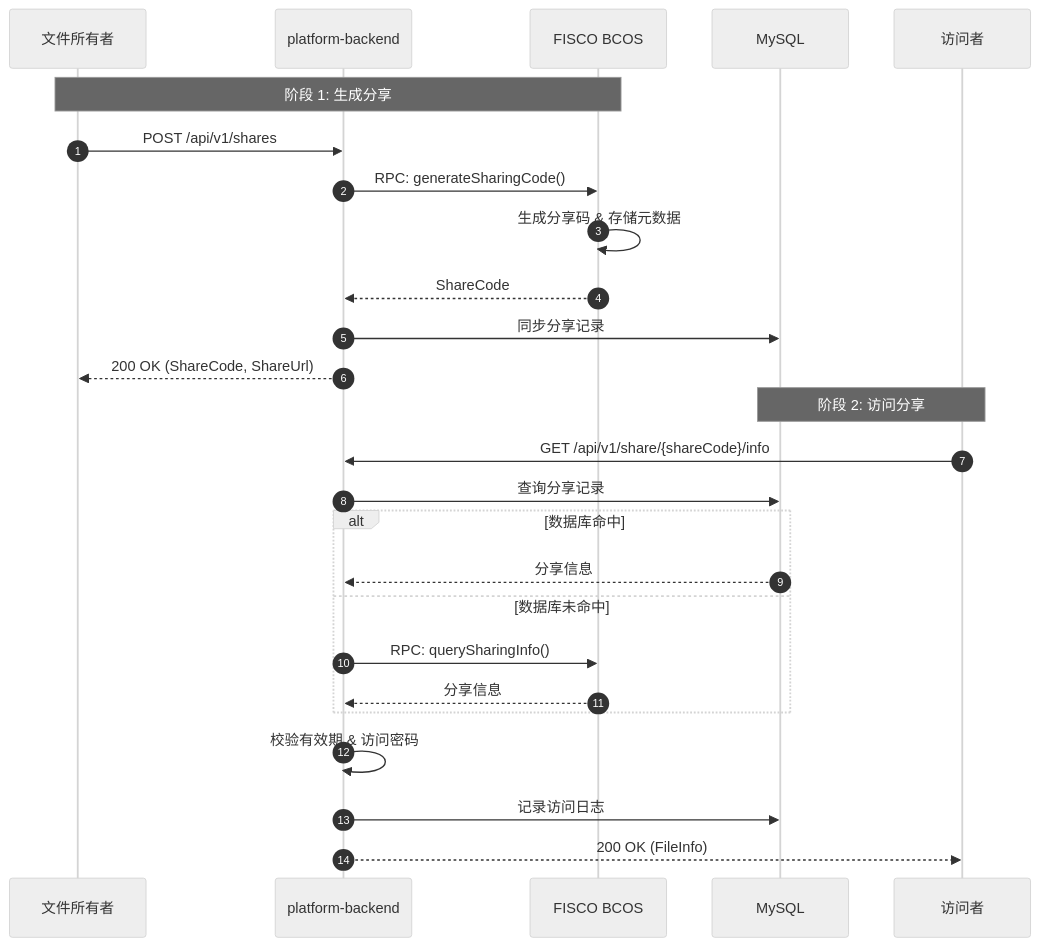
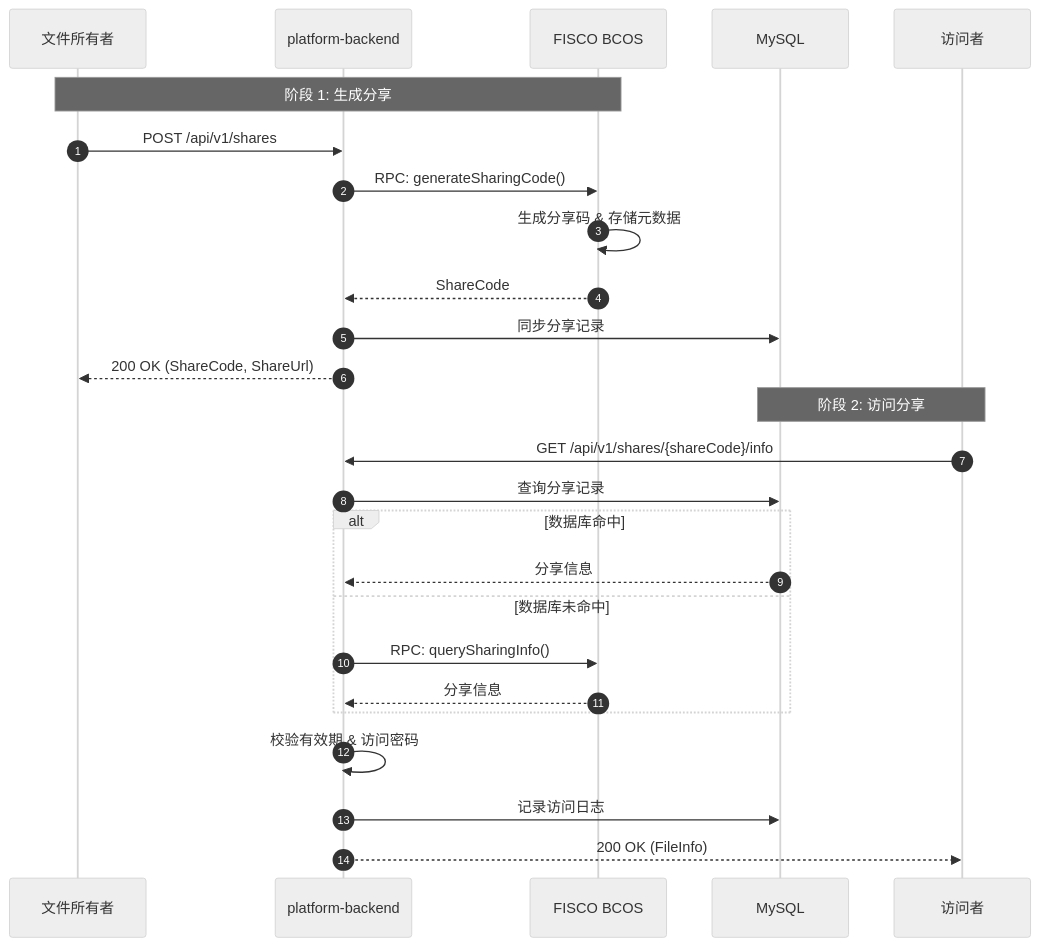
Before and after one commit to SoarCollab/RecordPlatform: the fourth of 9 diagrams in docs/zh/architecture/system-overview.md, drawn with Mermaid (neutral theme). The commit also changed 43 other files, not shown here.

First line of the commit message:
feat(platform-backend, platform-fisco, platform-storage): code-review-s7a (#190)

````diff
--- a/docs/zh/architecture/system-overview.md
+++ b/docs/zh/architecture/system-overview.md
@@ -199,31 +199,31 @@
 ```mermaid
 sequenceDiagram
     autonumber
 
     participant Owner as 文件所有者
     participant Backend as platform-backend
     participant Chain as FISCO BCOS
     participant DB as MySQL
     participant Visitor as 访问者
 
     Note over Owner, Chain: 阶段 1: 生成分享
     Owner->>Backend: POST /api/v1/shares
     Backend->>Chain: RPC: generateSharingCode()
     Chain->>Chain: 生成分享码 & 存储元数据
     Chain-->>Backend: ShareCode
     Backend->>DB: 同步分享记录
     Backend-->>Owner: 200 OK (ShareCode, ShareUrl)
 
     Note over Visitor, DB: 阶段 2: 访问分享
-    Visitor->>Backend: GET /api/v1/share/{shareCode}/info
+    Visitor->>Backend: GET /api/v1/shares/{shareCode}/info
     Backend->>DB: 查询分享记录
     alt 数据库命中
         DB-->>Backend: 分享信息
     else 数据库未命中
         Backend->>Chain: RPC: querySharingInfo()
         Chain-->>Backend: 分享信息
     end
     Backend->>Backend: 校验有效期 & 访问密码
     Backend->>DB: 记录访问日志
     Backend-->>Visitor: 200 OK (FileInfo)
 ```
````
